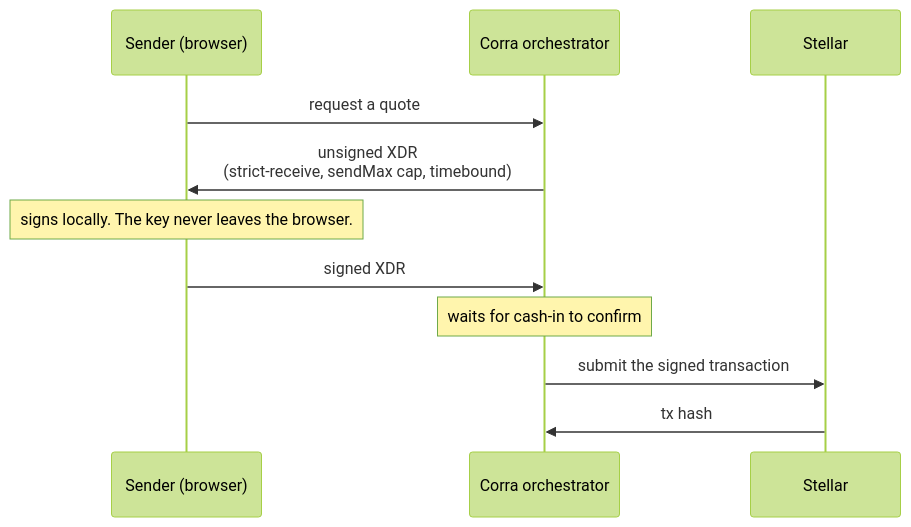
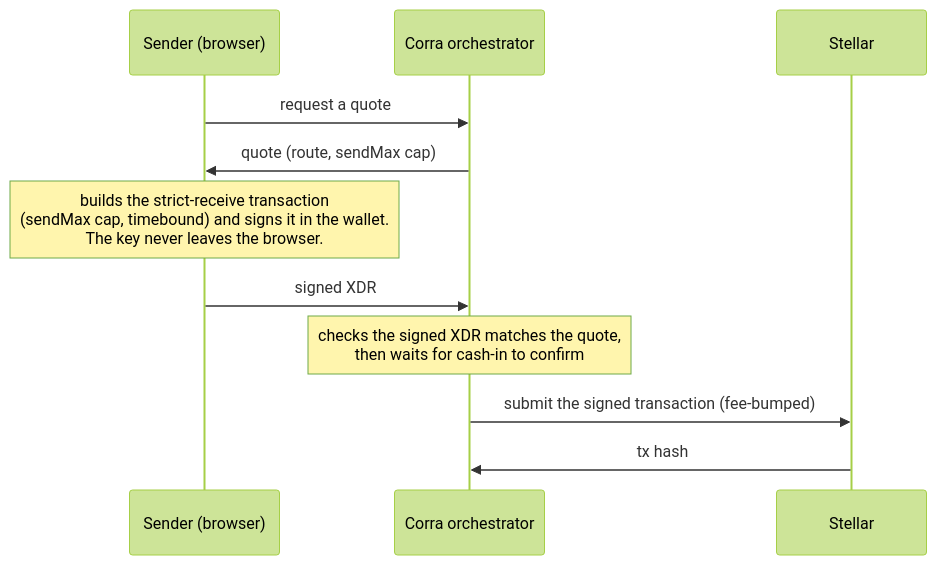
One commit to yigitcangokmen/corramoney changed the first of 2 diagrams in README.md. Above: the diagram before and after it, drawn with Mermaid (forest theme). The commit also changed other lines of this file and 9 other files, not shown here.

````diff
--- a/README.md
+++ b/README.md
@@ -73,14 +101,14 @@
 ```mermaid
 sequenceDiagram
     participant U as Sender (browser)
     participant O as Corra orchestrator
     participant H as Stellar
 
     U->>O: request a quote
-    O->>U: unsigned XDR<br/>(strict-receive, sendMax cap, timebound)
-    Note over U: signs locally. The key never leaves the browser.
+    O->>U: quote (route, sendMax cap)
+    Note over U: builds the strict-receive transaction<br/>(sendMax cap, timebound) and signs it in the wallet.<br/>The key never leaves the browser.
     U->>O: signed XDR
-    Note over O: waits for cash-in to confirm
-    O->>H: submit the signed transaction
+    Note over O: checks the signed XDR matches the quote,<br/>then waits for cash-in to confirm
+    O->>H: submit the signed transaction (fee-bumped)
     H->>O: tx hash
 ```
````
